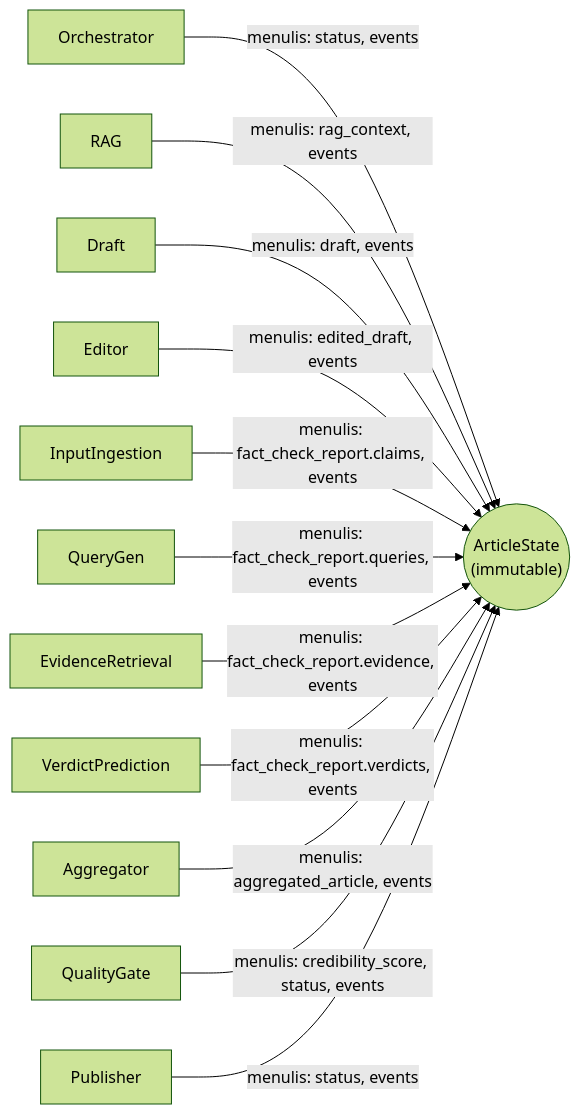
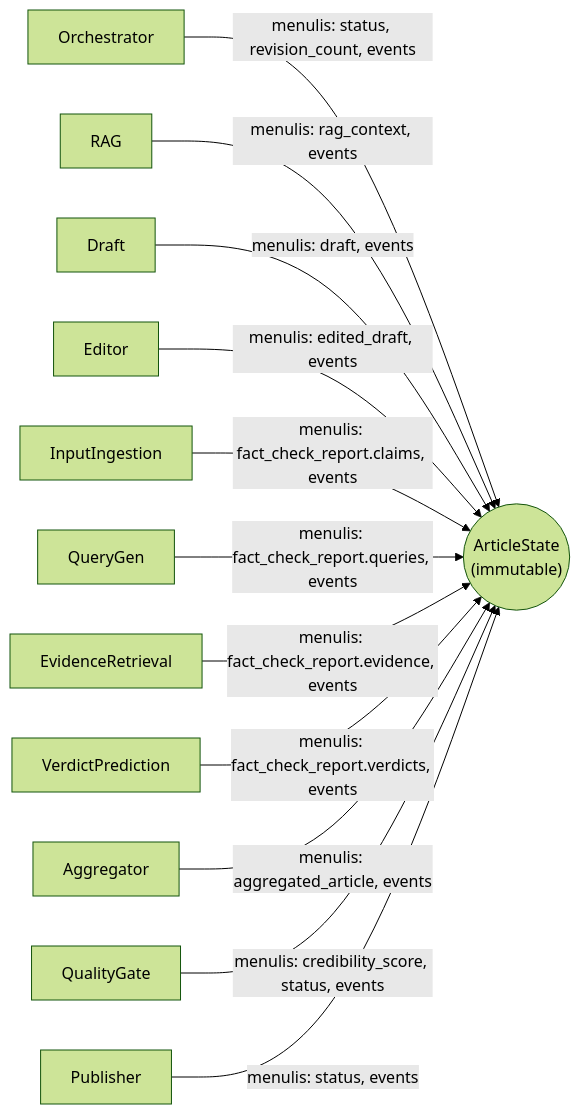
One commit to learn-debug/berita changed the second of 3 diagrams in docs/ARCHITECTURE.md. Above: the diagram before and after it, drawn with Mermaid (forest theme). The commit also changed other lines of this file and 2 other files, not shown here.

Commit message:
docs: update ARCHITECTURE, ADR-0002, AGENT_GUIDE for FallbackAdapter, max_tokens, revision_count, routing diagram

````diff
--- a/docs/ARCHITECTURE.md
+++ b/docs/ARCHITECTURE.md
@@ -199,16 +223,16 @@
 ```mermaid
 flowchart LR
-    O[Orchestrator] --> |"menulis: status, events"| S
+    O[Orchestrator] --> |"menulis: status, revision_count, events"| S
     RA[RAG] --> |"menulis: rag_context, events"| S
     D[Draft] --> |"menulis: draft, events"| S
     E[Editor] --> |"menulis: edited_draft, events"| S
     IN[InputIngestion] --> |"menulis: fact_check_report.claims, events"| S
     QG[QueryGen] --> |"menulis: fact_check_report.queries, events"| S
     ER[EvidenceRetrieval] --> |"menulis: fact_check_report.evidence, events"| S
     VP[VerdictPrediction] --> |"menulis: fact_check_report.verdicts, events"| S
     AG[Aggregator] --> |"menulis: aggregated_article, events"| S
     QL[QualityGate] --> |"menulis: credibility_score, status, events"| S
     PB[Publisher] --> |"menulis: status, events"| S
 
     S(("ArticleState<br/>(immutable)"))
 ```
````
